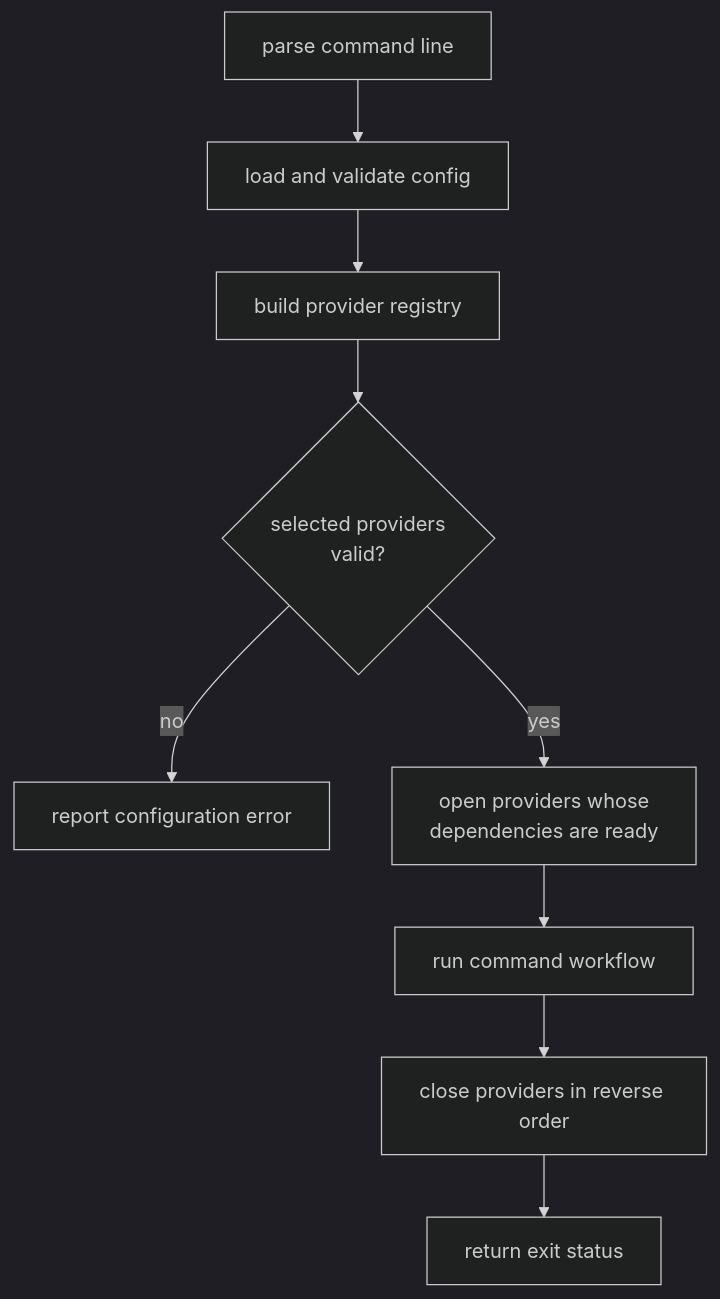
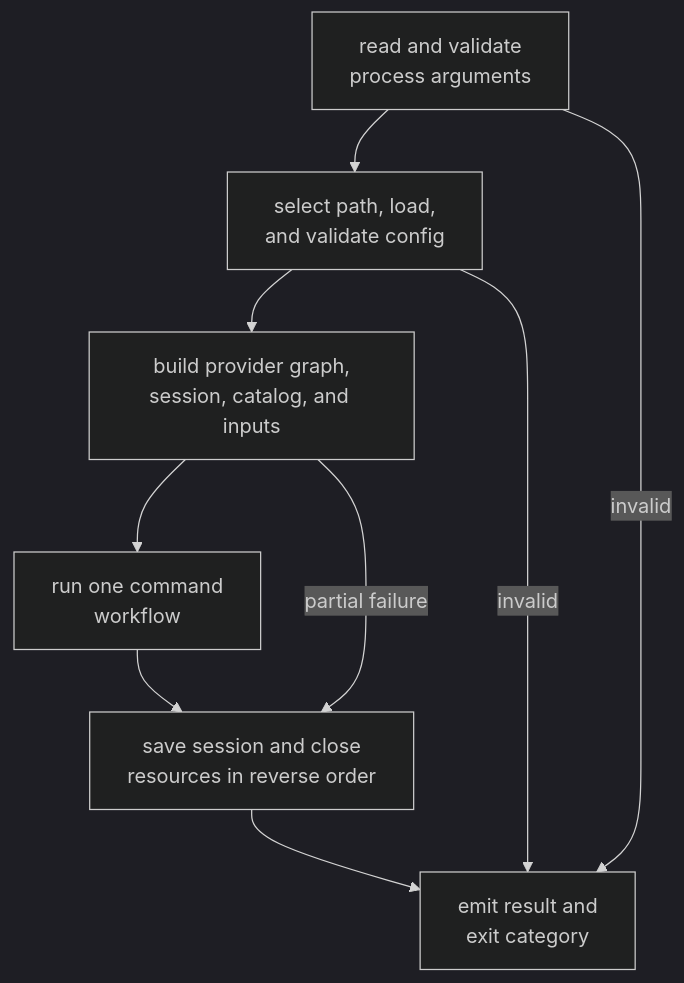
The third of 5 diagrams in docs/design/cmd.md (haomingbai/lgc), drawn with Mermaid (dark theme) before and after one commit. The commit also changed other lines of this file and 1 other file, not shown here.

Commit message:
docs(design): define command pipeline stages

````diff
--- a/docs/design/cmd.md
+++ b/docs/design/cmd.md
@@ -109,11 +225,11 @@
 ```mermaid
 flowchart TD
-    Args["parse command line"] --> Config["load and validate config"]
-    Config --> Registry["build provider registry"]
-    Registry --> Select{"selected providers<br/>valid?"}
-    Select -->|no| Fail["report configuration error"]
-    Select -->|yes| Construct["open providers whose<br/>dependencies are ready"]
-    Construct --> Workflow["run command workflow"]
-    Workflow --> Cleanup["close providers in reverse order"]
-    Cleanup --> Exit["return exit status"]
+    Arguments["read and validate<br/>process arguments"] --> Config["select path, load,<br/>and validate config"]
+    Config --> Generate["build provider graph,<br/>session, catalog, and inputs"]
+    Generate --> Execute["run one command<br/>workflow"]
+    Execute --> Cleanup["save session and close<br/>resources in reverse order"]
+    Cleanup --> Exit["emit result and<br/>exit category"]
+    Arguments -->|"invalid"| Exit
+    Config -->|"invalid"| Exit
+    Generate -->|"partial failure"| Cleanup
 ```
````
